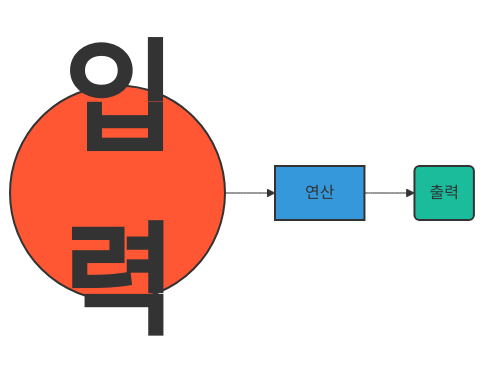
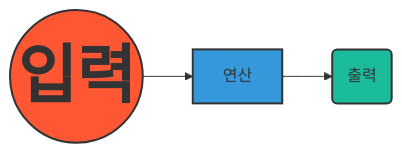
Before and after one commit to 201710808/-p: the diagram in Readme.md, drawn with Mermaid.

````diff
--- a/Readme.md
+++ b/Readme.md
@@ -3,10 +3,10 @@
 ```mermaid
 graph LR
-A((<b><span style='font-size:122px'>입력</span></b>)) --> B[연산]
+A((<b><span style='font-size:64px'>입력</span></b>)) --> B[연산]
 B --> C(출력)
 
 style A fill:#FF5733,stroke:#333,stroke-width:2px
 style B fill:#3498db,stroke:#333,stroke-width:2px
 style C fill:#1abc9c,stroke:#333,stroke-width:2px
 
 ```
````
